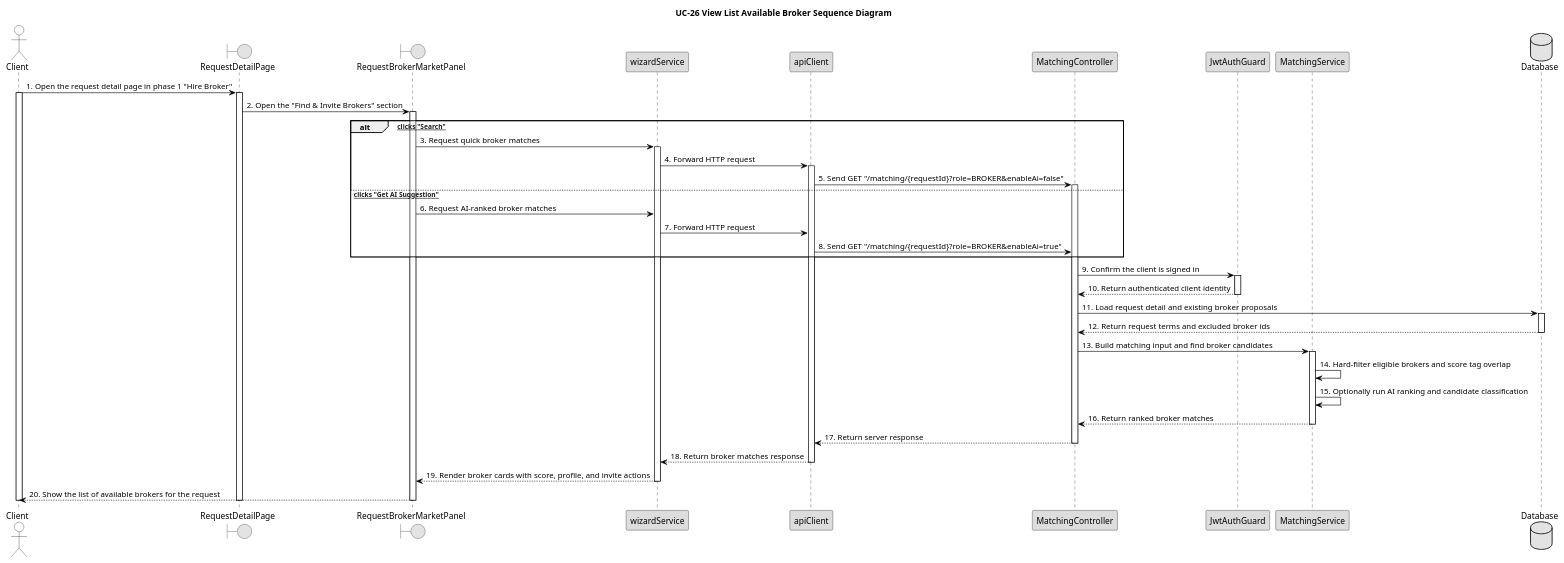
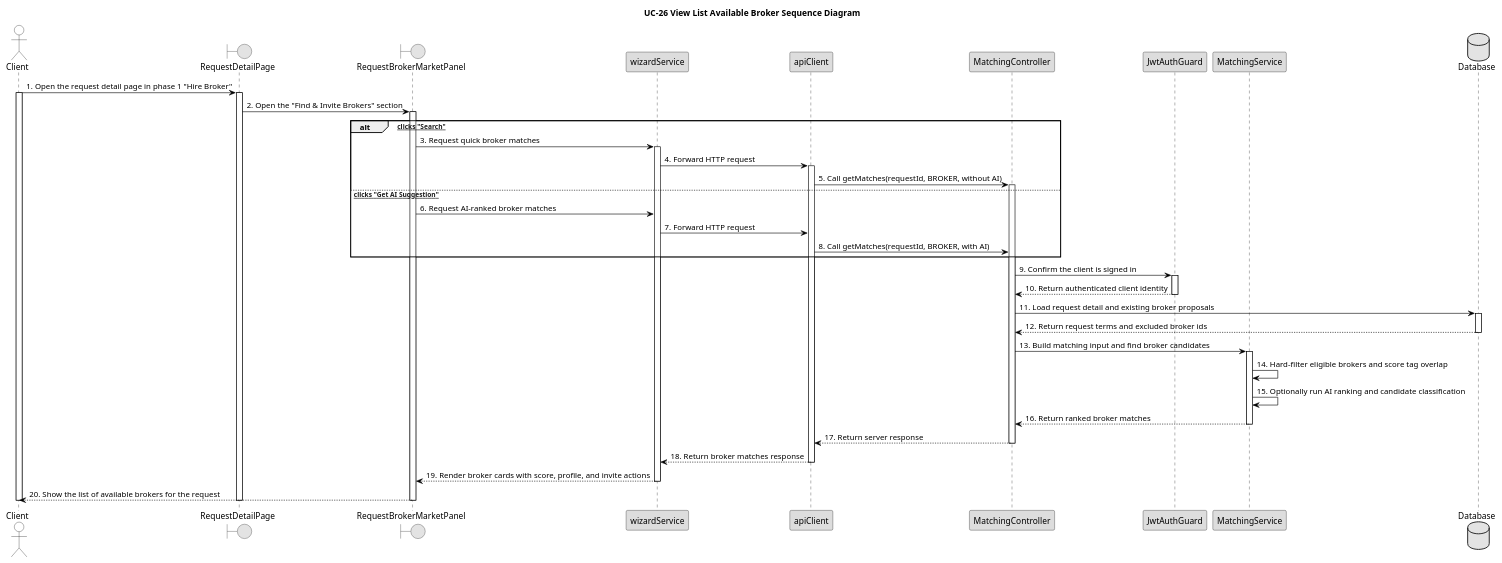
The diagram in diagram/sequence/uc26_view_list_available_broker_sequence_diagram.puml (bangdcce/SEP492-Project), drawn with PlantUML before and after one commit. The commit also changed 130 other files, not shown here.

```diff
--- a/diagram/sequence/uc26_view_list_available_broker_sequence_diagram.puml
+++ b/diagram/sequence/uc26_view_list_available_broker_sequence_diagram.puml
@@ -154,7 +154,7 @@
 
 
 
-    ApiClient -> MatchingController : 5. Send GET "/matching/{requestId}?role=BROKER&enableAi=false"
+    ApiClient -> MatchingController : 5. Call getMatches(requestId, BROKER, without AI)
 
 
 
@@ -174,7 +174,7 @@
 
 
 
-    ApiClient -> MatchingController : 8. Send GET "/matching/{requestId}?role=BROKER&enableAi=true"
+    ApiClient -> MatchingController : 8. Call getMatches(requestId, BROKER, with AI)
 
 
 
```
